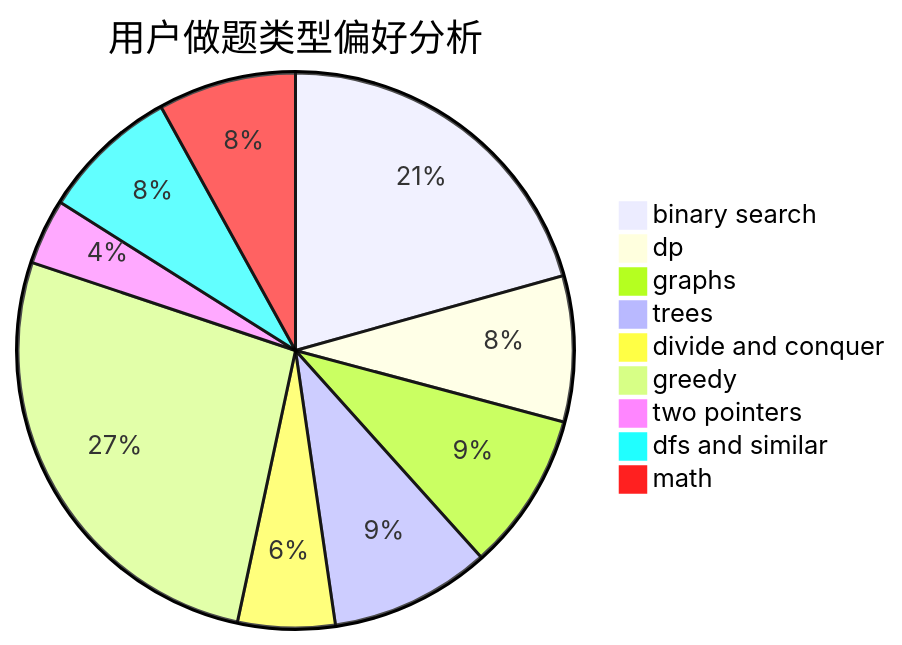
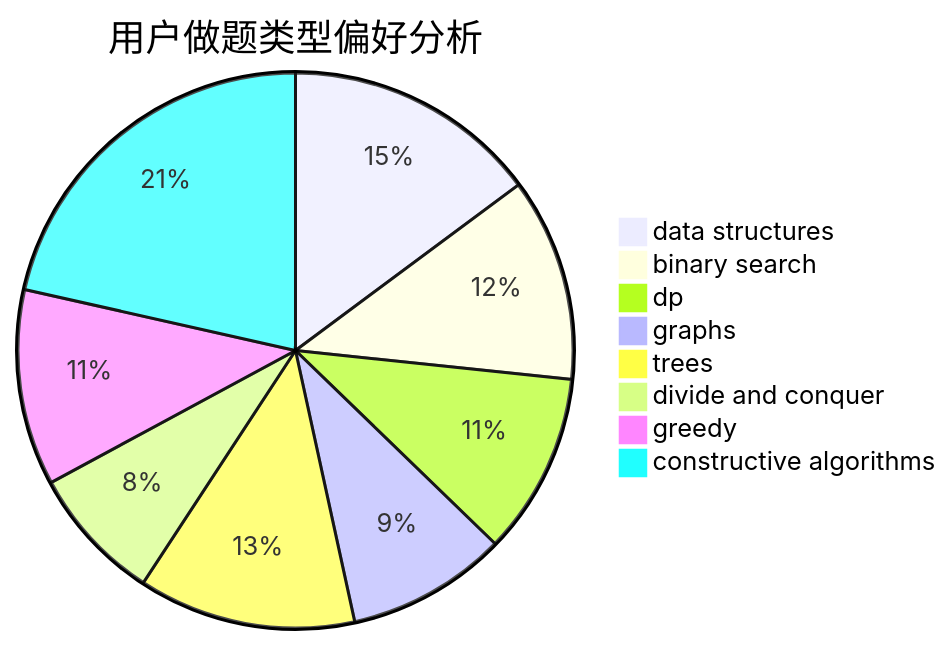
Before and after one commit to sherpahu/cfrs.github.io: the second of 3 diagrams in docs/user/u2167.md, drawn with Mermaid. The commit also changed other lines of this file and 2775 other files, not shown here.

````diff
--- a/docs/user/u2167.md
+++ b/docs/user/u2167.md
@@ -23,12 +23,11 @@
 ```mermaid
 pie title 用户做题类型偏好分析
-    "binary search" :  314
-    "dp" :  129
-    "graphs" :  140
-    "trees" :  142
-    "divide and conquer" :  86
-    "greedy" :  407
-    "two pointers" :  58
-    "dfs and similar" :  122
-    "math" :  122
+    "data structures" :  143
+    "binary search" :  114
+    "dp" :  102
+    "graphs" :  90
+    "trees" :  122
+    "divide and conquer" :  76
+    "greedy" :  110
+    "constructive algorithms" :  207
 ```
````
